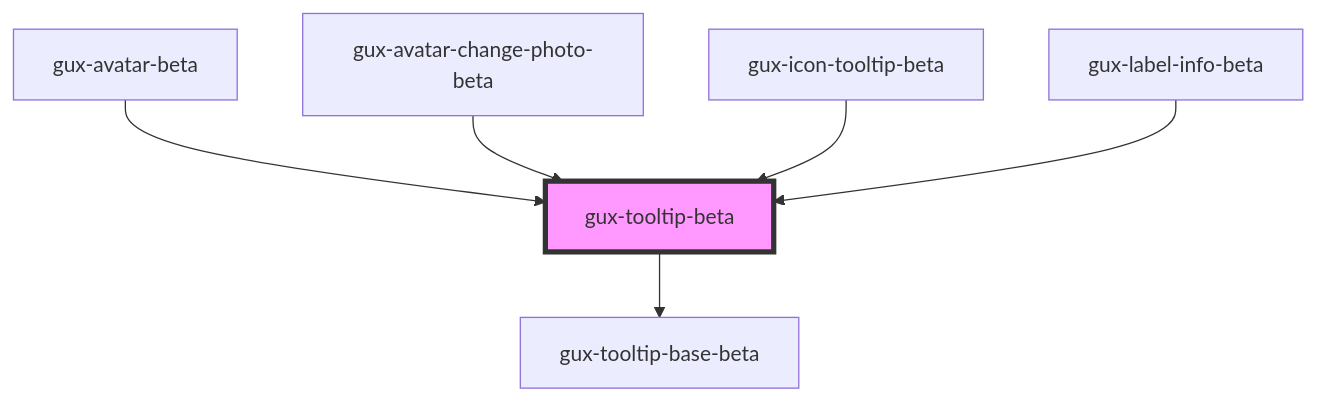
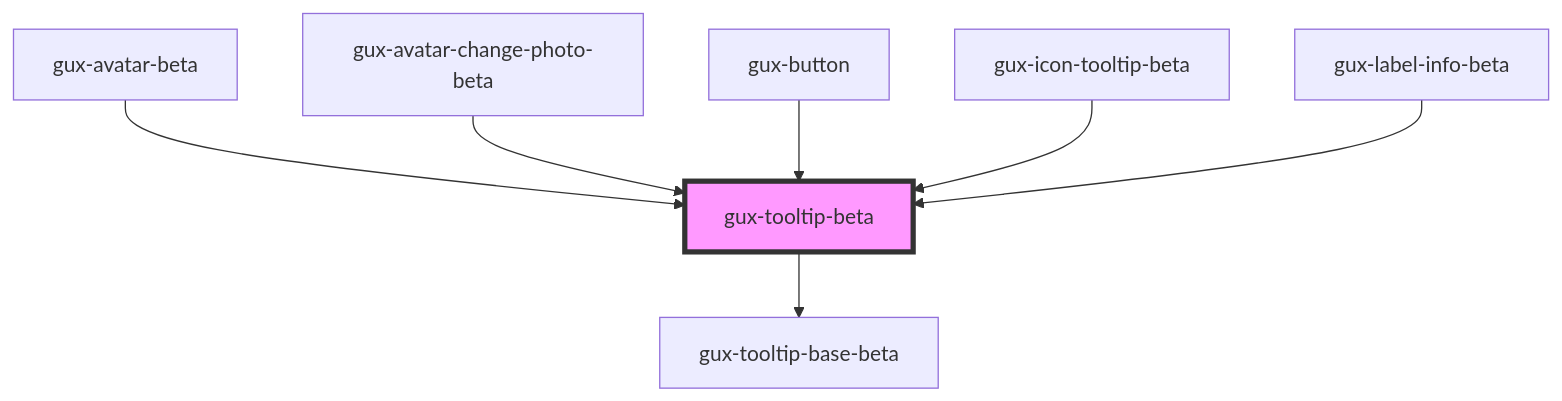
Before and after one commit to MyPureCloud/genesys-spark: the diagram in packages/genesys-spark-components/src/components/beta/gux-tooltip-beta/readme.md, drawn with Mermaid. The commit also changed other lines of this file and 4 other files, not shown here.

Commit message:
chore(button): adding title examples that use gux-tooltip

````diff
--- a/packages/genesys-spark-components/src/components/beta/gux-tooltip-beta/readme.md
+++ b/packages/genesys-spark-components/src/components/beta/gux-tooltip-beta/readme.md
@@ -79,9 +81,10 @@
 ```mermaid
 graph TD;
   gux-tooltip-beta --> gux-tooltip-base-beta
   gux-avatar-beta --> gux-tooltip-beta
   gux-avatar-change-photo-beta --> gux-tooltip-beta
+  gux-button --> gux-tooltip-beta
   gux-icon-tooltip-beta --> gux-tooltip-beta
   gux-label-info-beta --> gux-tooltip-beta
   style gux-tooltip-beta fill:#f9f,stroke:#333,stroke-width:4px
 ```
````
